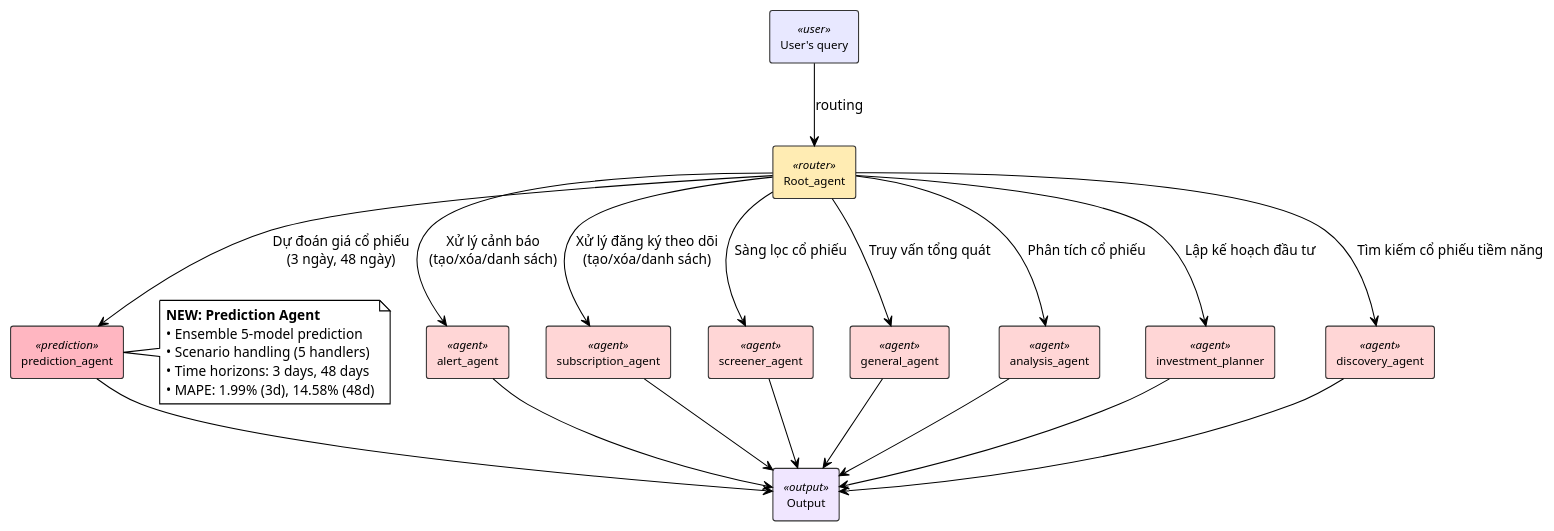
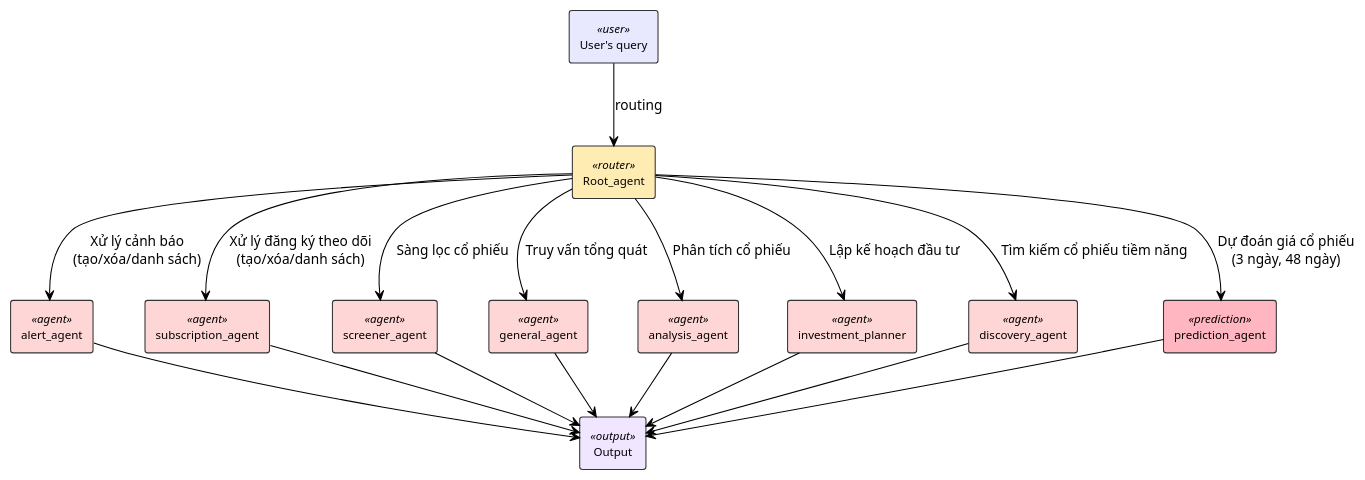
One commit to GiangNV-HUST/DATN changed the diagram in diagrams/agent_diagrams/agent_system_architecture_with_prediction.puml. Above: the diagram before and after it, drawn with PlantUML. The commit also changed 179 other files, not shown here.

```diff
--- a/diagrams/agent_diagrams/agent_system_architecture_with_prediction.puml
+++ b/diagrams/agent_diagrams/agent_system_architecture_with_prediction.puml
@@ -2,59 +2,51 @@
 @startuml agent_system_architecture_with_prediction
 !theme plain
 skinparam backgroundColor #FFFFFF
 skinparam shadowing false
 skinparam defaultFontName "Times New Roman"
 
 
 skinparam rectangle {
     BackgroundColor<<user>> #E8E8FF
     BackgroundColor<<router>> #FFECB3
     BackgroundColor<<agent>> #FFD6D6
     BackgroundColor<<prediction>> #FFB6C1
     BackgroundColor<<output>> #F0E6FF
     BorderColor #333333
     FontSize 11
 }
 
 rectangle "User's query" as query <<user>>
 rectangle "Root_agent" as root <<router>>
 rectangle "Output" as output <<output>>
 
 rectangle "alert_agent" as alert <<agent>>
 rectangle "subscription_agent" as subscription <<agent>>
 rectangle "screener_agent" as screener <<agent>>
 rectangle "general_agent" as general <<agent>>
 rectangle "analysis_agent" as analysis <<agent>>
 rectangle "investment_planner" as investment <<agent>>
 rectangle "discovery_agent" as discovery <<agent>>
 rectangle "prediction_agent" as prediction <<prediction>>
 
 query --> root : "routing"
 
 root --> alert : "Xử lý cảnh báo\n(tạo/xóa/danh sách)"
 root --> subscription : "Xử lý đăng ký theo dõi\n(tạo/xóa/danh sách)"
 root --> screener : "Sàng lọc cổ phiếu"
 root --> general : "Truy vấn tổng quát"
 root --> analysis : "Phân tích cổ phiếu"
 root --> investment : "Lập kế hoạch đầu tư"
 root --> discovery : "Tìm kiếm cổ phiếu tiềm năng"
 root --> prediction : "Dự đoán giá cổ phiếu\n(3 ngày, 48 ngày)"
 
 alert --> output
 subscription --> output
 screener --> output
 general --> output
 analysis --> output
 investment --> output
 discovery --> output
 prediction --> output
 
-note right of prediction
-  **NEW: Prediction Agent**
-  • Ensemble 5-model prediction
-  • Scenario handling (5 handlers)
-  • Time horizons: 3 days, 48 days
-  • MAPE: 1.99% (3d), 14.58% (48d)
-end note
-
 @enduml
```
